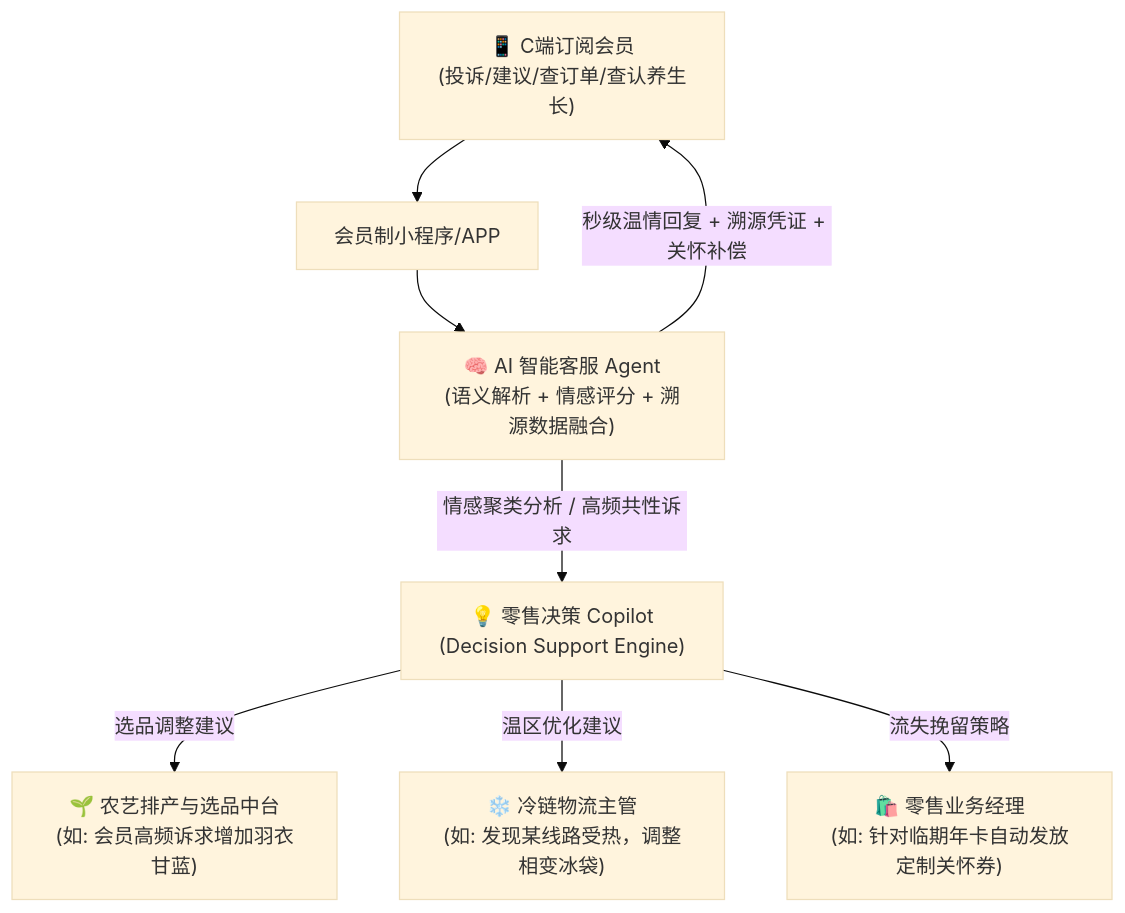
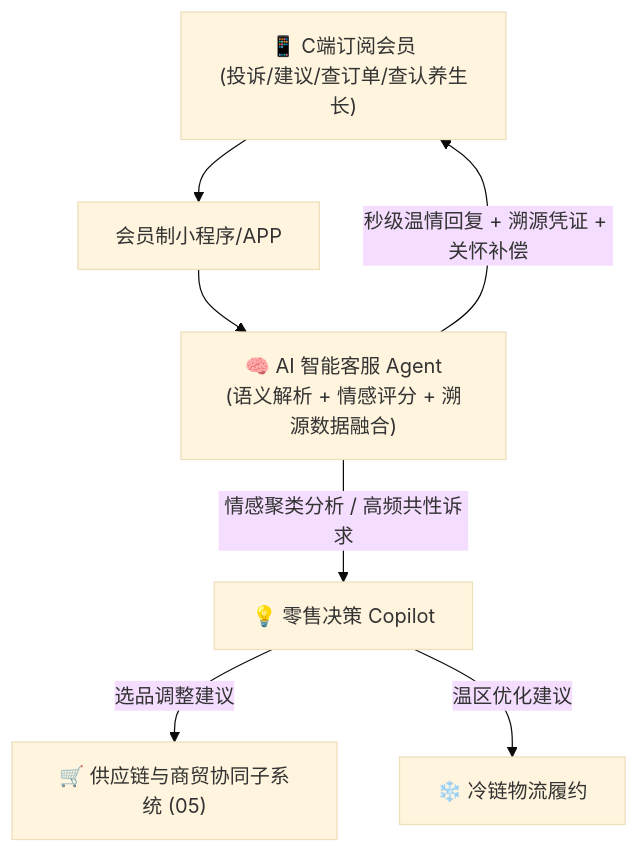
The second of 4 diagrams in docs/04_subsystems/06_brand_traceability_crm/README.md (digitalboy/aquaponics), drawn with Mermaid (base theme) before and after one commit. The commit also changed other lines of this file and 13 other files, not shown here.

````diff
--- a/docs/04_subsystems/06_brand_traceability_crm/README.md
+++ b/docs/04_subsystems/06_brand_traceability_crm/README.md
@@ -203,13 +121,11 @@
 ```mermaid
 flowchart TD
     Member["📱 C端订阅会员<br>(投诉/建议/查订单/查认养生长)"] --> MiniApp["会员制小程序/APP"]
     MiniApp --> AI_Agent["🧠 AI 智能客服 Agent<br>(语义解析 + 情感评分 + 溯源数据融合)"]
     
     AI_Agent -->|秒级温情回复 + 溯源凭证 + 关怀补偿| Member
+    AI_Agent -->|情感聚类分析 / 高频共性诉求| Copilot["💡 零售决策 Copilot"]
     
-    AI_Agent -->|情感聚类分析 / 高频共性诉求| Copilot["💡 零售决策 Copilot<br>(Decision Support Engine)"]
-    
-    Copilot -->|选品调整建议| Agronomist["🌱 农艺排产与选品中台<br>(如: 会员高频诉求增加羽衣甘蓝)"]
-    Copilot -->|温区优化建议| Logistics["❄️ 冷链物流主管<br>(如: 发现某线路受热，调整相变冰袋)"]
-    Copilot -->|流失挽留策略| RetailManager["🛍️ 零售业务经理<br>(如: 针对临期年卡自动发放定制关怀券)"]
+    Copilot -->|选品调整建议| Commerce["🛒 供应链与商贸协同子系统 (05)"]
+    Copilot -->|温区优化建议| Logistics["❄️ 冷链物流履约"]
 ```
````
